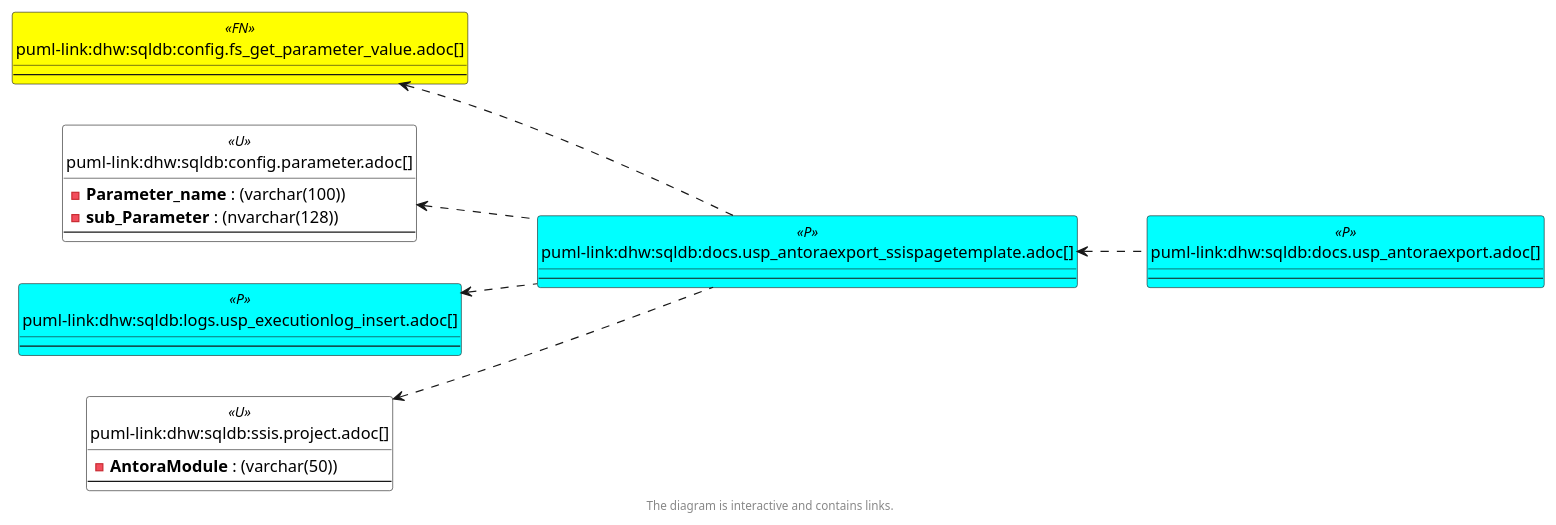
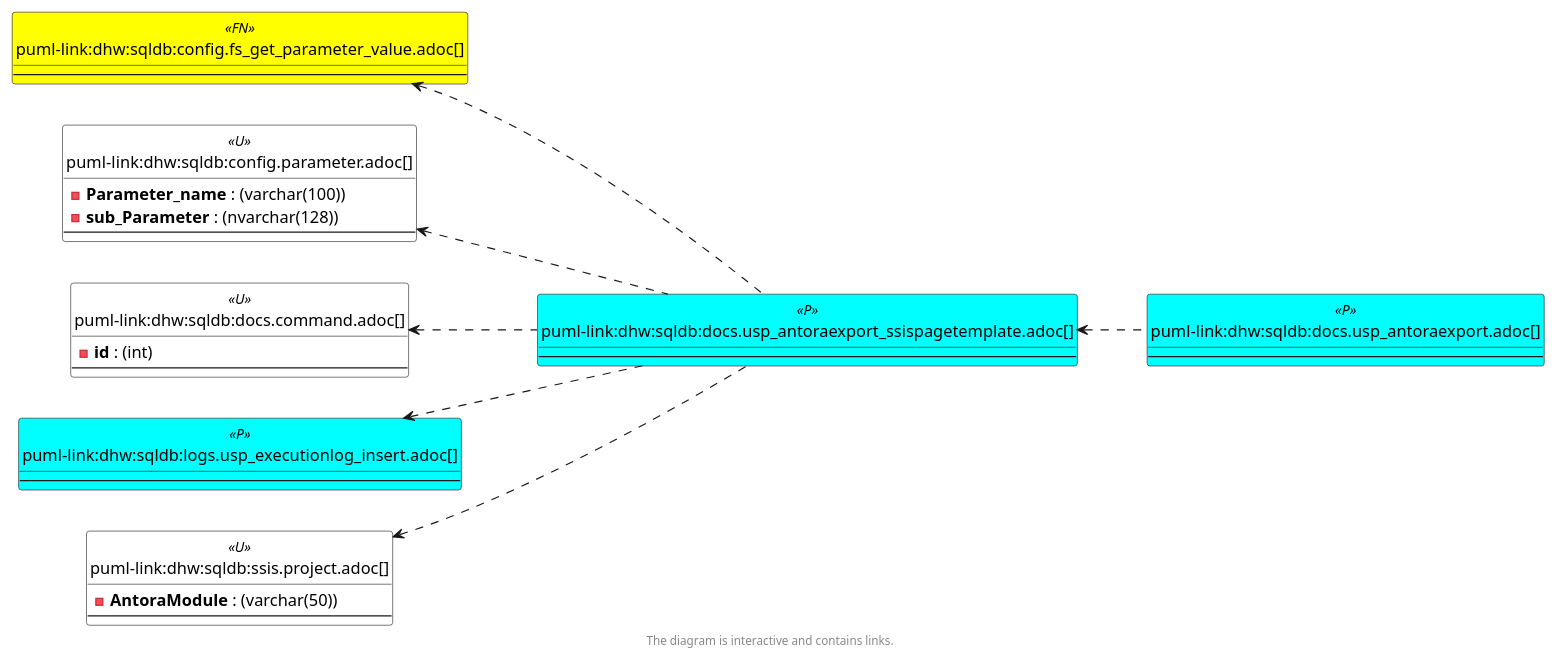
Before and after one commit to DataHandwerk/dhw-antora-sqldb: the third of 6 diagrams in docs/modules/sqldb/partials/content/docs.usp_antoraexport_ssispagetemplate.adoc, drawn with PlantUML. The commit also changed other lines of this file and 701 other files, not shown here.

```diff
--- a/docs/modules/sqldb/partials/content/docs.usp_antoraexport_ssispagetemplate.adoc
+++ b/docs/modules/sqldb/partials/content/docs.usp_antoraexport_ssispagetemplate.adoc
@@ -635,67 +641,73 @@
 [plantuml, entity_1_1_objectref-{docname}, svg, subs=macros]
 ....
 @startuml
 left to right direction
 'top to bottom direction
 hide circle
 'avoide "." issues:
 set namespaceSeparator none
 
 
 skinparam class {
   BackgroundColor White
   BackgroundColor<<FN>> Yellow
   BackgroundColor<<FS>> Yellow
   BackgroundColor<<FT>> LightGray
   BackgroundColor<<IF>> Yellow
   BackgroundColor<<IS>> Yellow
   BackgroundColor<<P>>  Aqua
   BackgroundColor<<PC>> Aqua
   BackgroundColor<<SN>> Yellow
   BackgroundColor<<SO>> SlateBlue
   BackgroundColor<<TF>> LightGray
   BackgroundColor<<TR>> Tomato
   BackgroundColor<<U>>  White
   BackgroundColor<<V>>  WhiteSmoke
   BackgroundColor<<X>>  Aqua
   BackgroundColor<<external>> AliceBlue
 }
 
 
 entity "puml-link:dhw:sqldb:config.fs_get_parameter_value.adoc[]" as config.fs_get_parameter_value << FN >> {
   --
 }
 
 entity "puml-link:dhw:sqldb:config.parameter.adoc[]" as config.Parameter << U >> {
   - **Parameter_name** : (varchar(100))
   - **sub_Parameter** : (nvarchar(128))
   --
 }
 
+entity "puml-link:dhw:sqldb:docs.command.adoc[]" as docs.command << U >> {
+  - **id** : (int)
+  --
+}
+
 entity "puml-link:dhw:sqldb:docs.usp_antoraexport.adoc[]" as docs.usp_AntoraExport << P >> {
   --
 }
 
 entity "puml-link:dhw:sqldb:docs.usp_antoraexport_ssispagetemplate.adoc[]" as docs.usp_AntoraExport_SsisPageTemplate << P >> {
   --
 }
 
 entity "puml-link:dhw:sqldb:logs.usp_executionlog_insert.adoc[]" as logs.usp_ExecutionLog_insert << P >> {
   --
 }
 
 entity "puml-link:dhw:sqldb:ssis.project.adoc[]" as ssis.Project << U >> {
   - **AntoraModule** : (varchar(50))
   --
 }
 
 config.fs_get_parameter_value <.. docs.usp_AntoraExport_SsisPageTemplate
 config.Parameter <.. docs.usp_AntoraExport_SsisPageTemplate
+docs.command <.. docs.usp_AntoraExport_SsisPageTemplate
 docs.usp_AntoraExport_SsisPageTemplate <.. docs.usp_AntoraExport
 logs.usp_ExecutionLog_insert <.. docs.usp_AntoraExport_SsisPageTemplate
 ssis.Project <.. docs.usp_AntoraExport_SsisPageTemplate
 
 footer The diagram is interactive and contains links.
 
 @enduml
 ....
```
